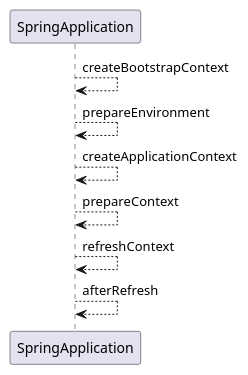
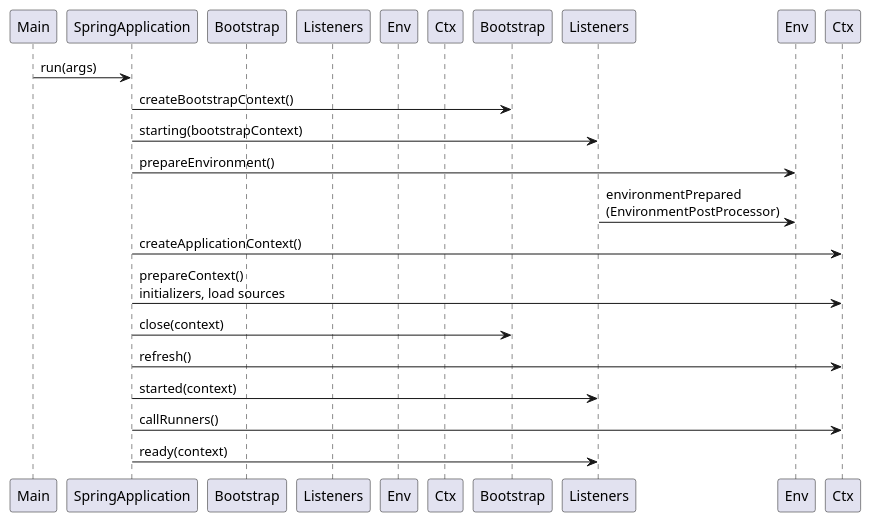
Before and after one commit to kevinwang930/kevinwang930.github.io: diagram 12 of 12 in content/post/java/spring/spring-boot.md, drawn with PlantUML. The commit also changed other lines of this file and 2 other files, not shown here.

````diff
--- a/content/post/java/spring/spring-boot.md
+++ b/content/post/java/spring/spring-boot.md
@@ -597,8 +485,23 @@
 ```plantuml
-SpringApplication--> SpringApplication:createBootstrapContext
-SpringApplication--> SpringApplication:prepareEnvironment
-SpringApplication--> SpringApplication:createApplicationContext
-SpringApplication--> SpringApplication:prepareContext
-SpringApplication--> SpringApplication:refreshContext
-SpringApplication--> SpringApplication:afterRefresh
+@startuml
+participant Main
+participant SpringApplication
+participant Bootstrap as DefaultBootstrapContext
+participant Listeners as SpringApplicationRunListeners
+participant Env as Environment
+participant Ctx as ApplicationContext
+
+Main -> SpringApplication : run(args)
+SpringApplication -> Bootstrap : createBootstrapContext()
+SpringApplication -> Listeners : starting(bootstrapContext)
+SpringApplication -> Env : prepareEnvironment()
+Listeners -> Env : environmentPrepared\n(EnvironmentPostProcessor)
+SpringApplication -> Ctx : createApplicationContext()
+SpringApplication -> Ctx : prepareContext()\ninitializers, load sources
+SpringApplication -> Bootstrap : close(context)
+SpringApplication -> Ctx : refresh()
+SpringApplication -> Listeners : started(context)
+SpringApplication -> Ctx : callRunners()
+SpringApplication -> Listeners : ready(context)
+@enduml
 ```
````
